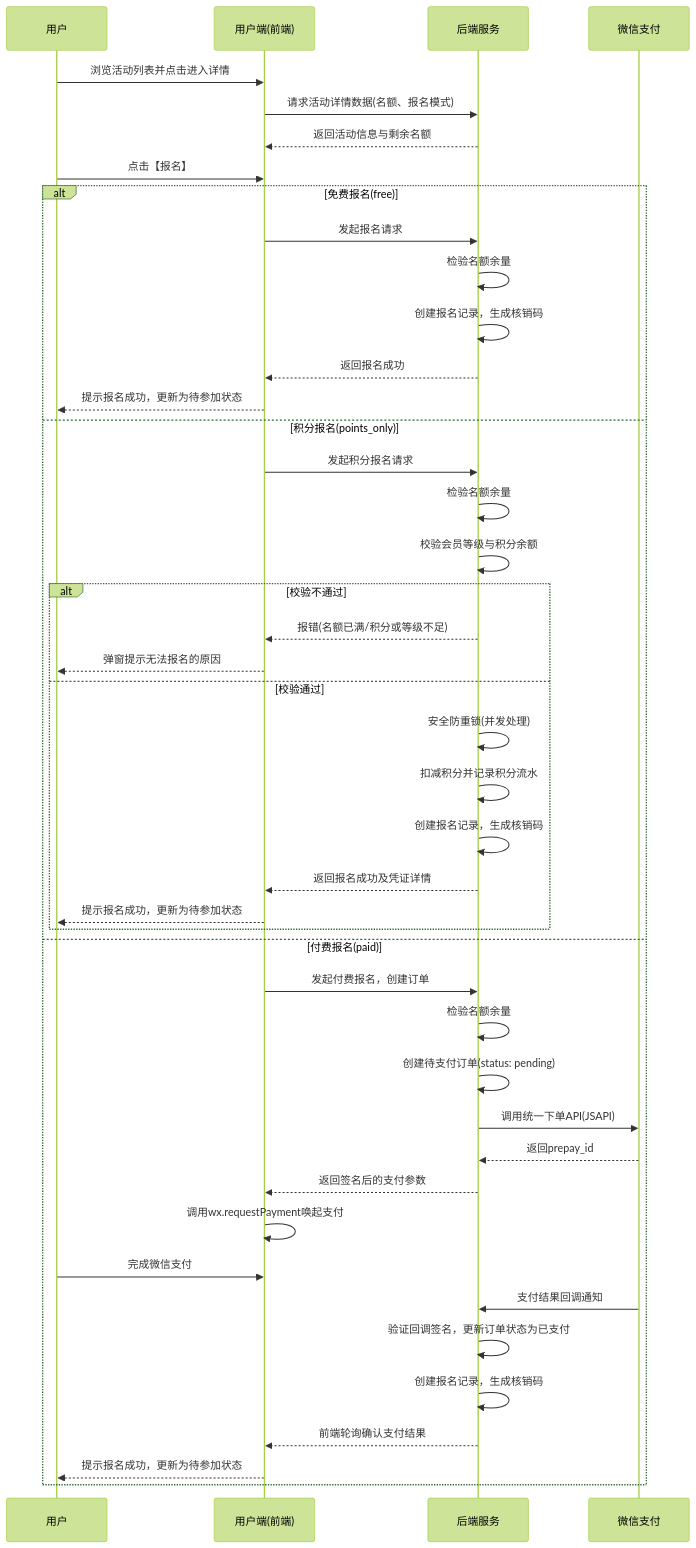
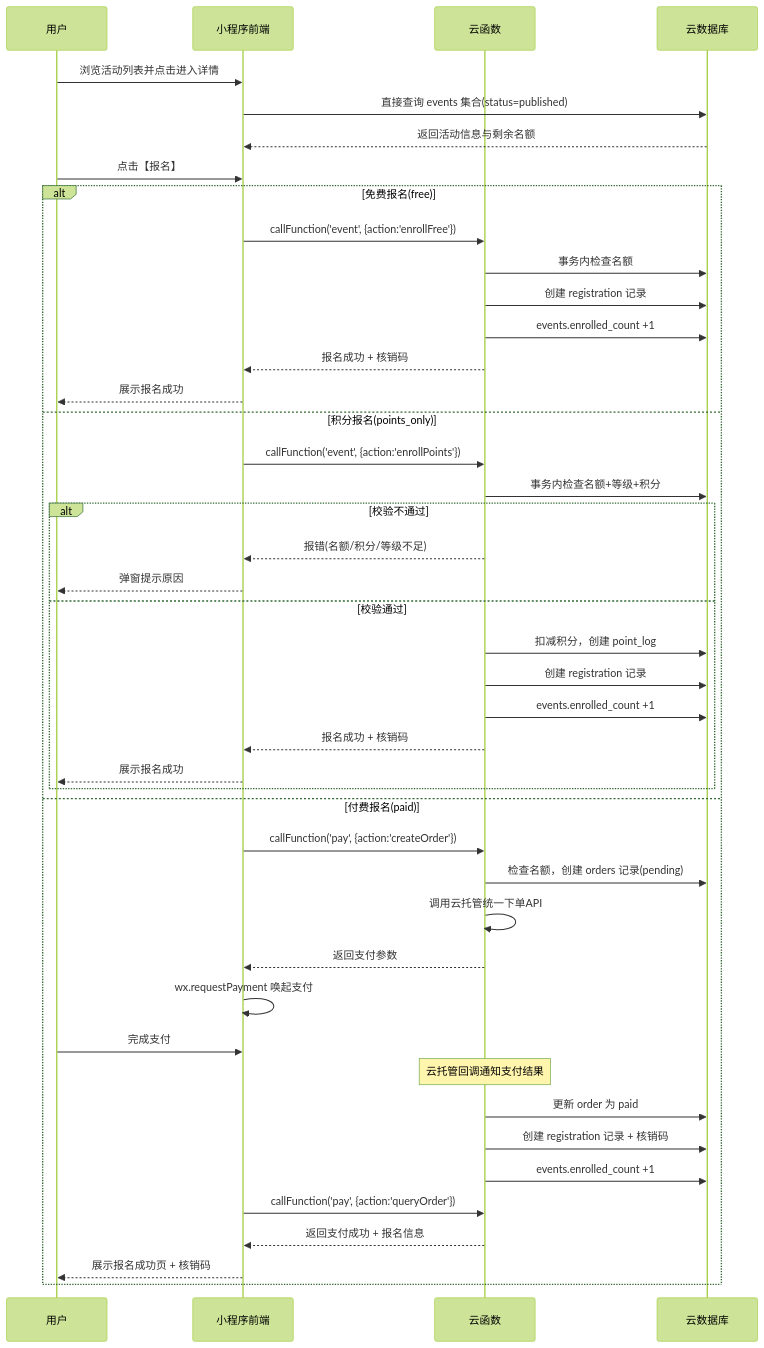
The second of 5 diagrams in .vibe-context/PRD.md (randyluo85/greenwing), drawn with Mermaid (forest theme) before and after one commit. The commit also changed other lines of this file and 272 other files, not shown here.

````diff
--- a/.vibe-context/PRD.md
+++ b/.vibe-context/PRD.md
@@ -241,51 +271,51 @@
 ```mermaid
 sequenceDiagram
     participant User as 用户
-    participant Frontend as 用户端(前端)
-    participant Backend as 后端服务
-    participant WeChatPay as 微信支付
+    participant Frontend as 小程序前端
+    participant CloudFunc as 云函数
+    participant DB as 云数据库
 
     User->>Frontend: 浏览活动列表并点击进入详情
-    Frontend->>Backend: 请求活动详情数据(名额、报名模式)
-    Backend-->>Frontend: 返回活动信息与剩余名额
+    Frontend->>DB: 直接查询 events 集合(status=published)
+    DB-->>Frontend: 返回活动信息与剩余名额
 
     User->>Frontend: 点击【报名】
 
     alt 免费报名(free)
-        Frontend->>Backend: 发起报名请求
-        Backend->>Backend: 检验名额余量
-        Backend->>Backend: 创建报名记录，生成核销码
-        Backend-->>Frontend: 返回报名成功
-        Frontend-->>User: 提示报名成功，更新为待参加状态
+        Frontend->>CloudFunc: callFunction('event', {action:'enrollFree'})
+        CloudFunc->>DB: 事务内检查名额
+        CloudFunc->>DB: 创建 registration 记录
+        CloudFunc->>DB: events.enrolled_count +1
+        CloudFunc-->>Frontend: 报名成功 + 核销码
+        Frontend-->>User: 展示报名成功
 
     else 积分报名(points_only)
-        Frontend->>Backend: 发起积分报名请求
-        Backend->>Backend: 检验名额余量
-        Backend->>Backend: 校验会员等级与积分余额
+        Frontend->>CloudFunc: callFunction('event', {action:'enrollPoints'})
+        CloudFunc->>DB: 事务内检查名额+等级+积分
         alt 校验不通过
-            Backend-->>Frontend: 报错(名额已满/积分或等级不足)
-            Frontend-->>User: 弹窗提示无法报名的原因
+            CloudFunc-->>Frontend: 报错(名额/积分/等级不足)
+            Frontend-->>User: 弹窗提示原因
         else 校验通过
-            Backend->>Backend: 安全防重锁(并发处理)
-            Backend->>Backend: 扣减积分并记录积分流水
-            Backend->>Backend: 创建报名记录，生成核销码
-            Backend-->>Frontend: 返回报名成功及凭证详情
-            Frontend-->>User: 提示报名成功，更新为待参加状态
+            CloudFunc->>DB: 扣减积分，创建 point_log
+            CloudFunc->>DB: 创建 registration 记录
+            CloudFunc->>DB: events.enrolled_count +1
+            CloudFunc-->>Frontend: 报名成功 + 核销码
+            Frontend-->>User: 展示报名成功
         end
 
     else 付费报名(paid)
-        Frontend->>Backend: 发起付费报名，创建订单
-        Backend->>Backend: 检验名额余量
-        Backend->>Backend: 创建待支付订单(status: pending)
-        Backend->>WeChatPay: 调用统一下单API(JSAPI)
-        WeChatPay-->>Backend: 返回prepay_id
-        Backend-->>Frontend: 返回签名后的支付参数
-        Frontend->>Frontend: 调用wx.requestPayment唤起支付
-        User->>Frontend: 完成微信支付
-        WeChatPay->>Backend: 支付结果回调通知
-        Backend->>Backend: 验证回调签名，更新订单状态为已支付
-        Backend->>Backend: 创建报名记录，生成核销码
-        Backend-->>Frontend: 前端轮询确认支付结果
-        Frontend-->>User: 提示报名成功，更新为待参加状态
+        Frontend->>CloudFunc: callFunction('pay', {action:'createOrder'})
+        CloudFunc->>DB: 检查名额，创建 orders 记录(pending)
+        CloudFunc->>CloudFunc: 调用云托管统一下单API
+        CloudFunc-->>Frontend: 返回支付参数
+        Frontend->>Frontend: wx.requestPayment 唤起支付
+        User->>Frontend: 完成支付
+        Note over CloudFunc: 云托管回调通知支付结果
+        CloudFunc->>DB: 更新 order 为 paid
+        CloudFunc->>DB: 创建 registration 记录 + 核销码
+        CloudFunc->>DB: events.enrolled_count +1
+        Frontend->>CloudFunc: callFunction('pay', {action:'queryOrder'})
+        CloudFunc-->>Frontend: 返回支付成功 + 报名信息
+        Frontend-->>User: 展示报名成功页 + 核销码
     end
 ```
````
